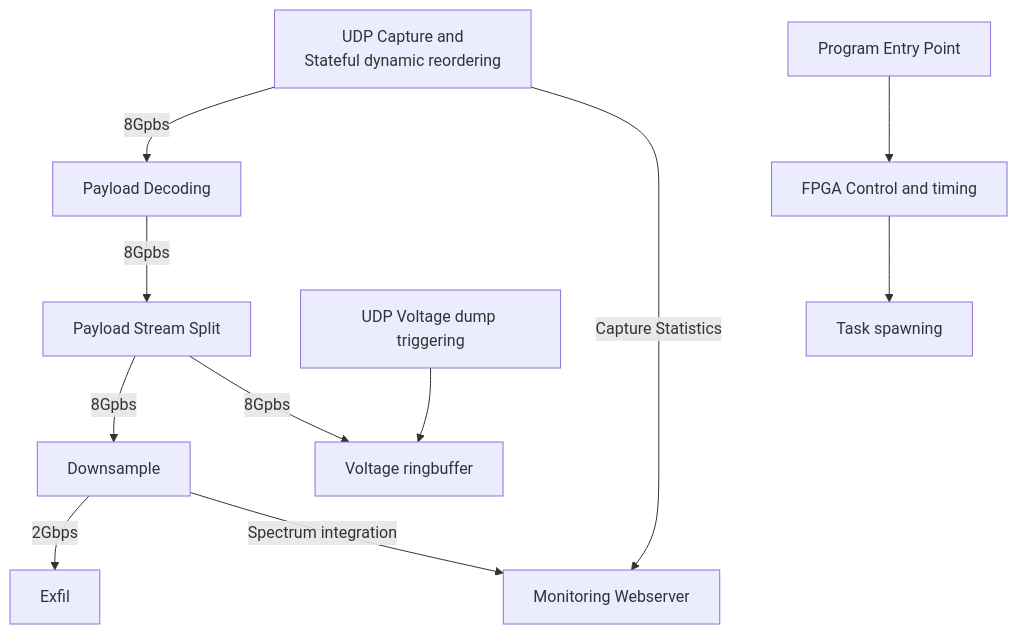
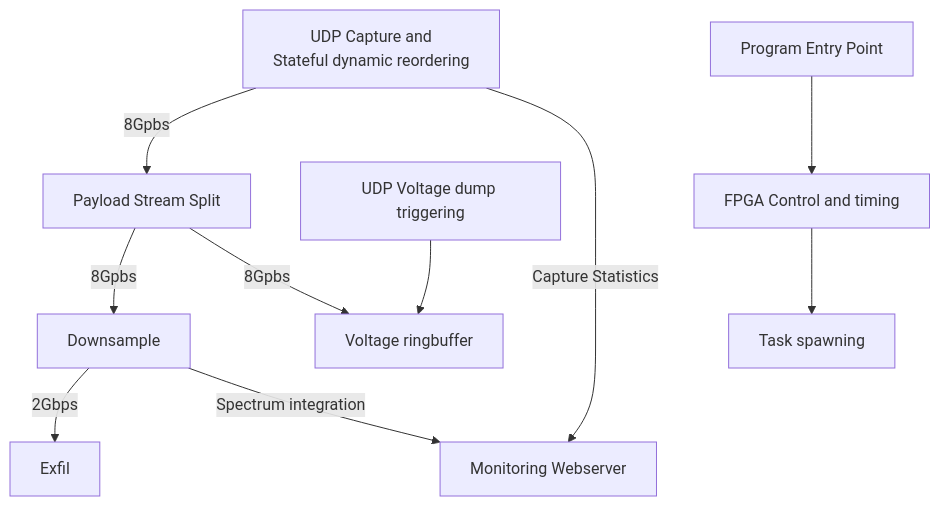
Before and after one commit to gemmahuai/GReX-T0: the diagram in README.md, drawn with Mermaid. The commit also changed 10 other files, not shown here.

````diff
--- a/README.md
+++ b/README.md
@@ -11,15 +11,14 @@
 ```mermaid
 graph TD
-    A[UDP Capture and\nStateful dynamic reordering] -->|8Gpbs| B[Payload Decoding]
-    B -->|8Gpbs| C[Payload Stream Split]
+    A[UDP Capture and\nStateful dynamic reordering] -->|8Gpbs| C[Payload Stream Split]
     C -->|8Gpbs| D[Downsample]
     C -->|8Gpbs| E[Voltage ringbuffer]
     D -->|2Gbps| F[Exfil]
     G[UDP Voltage dump triggering] --> E
 
     A -->|Capture Statistics| K[Monitoring Webserver]
     D -->|Spectrum integration| K
 
     H[Program Entry Point] --> I[FPGA Control and timing]
     I --> J[Task spawning]
 ```
````
